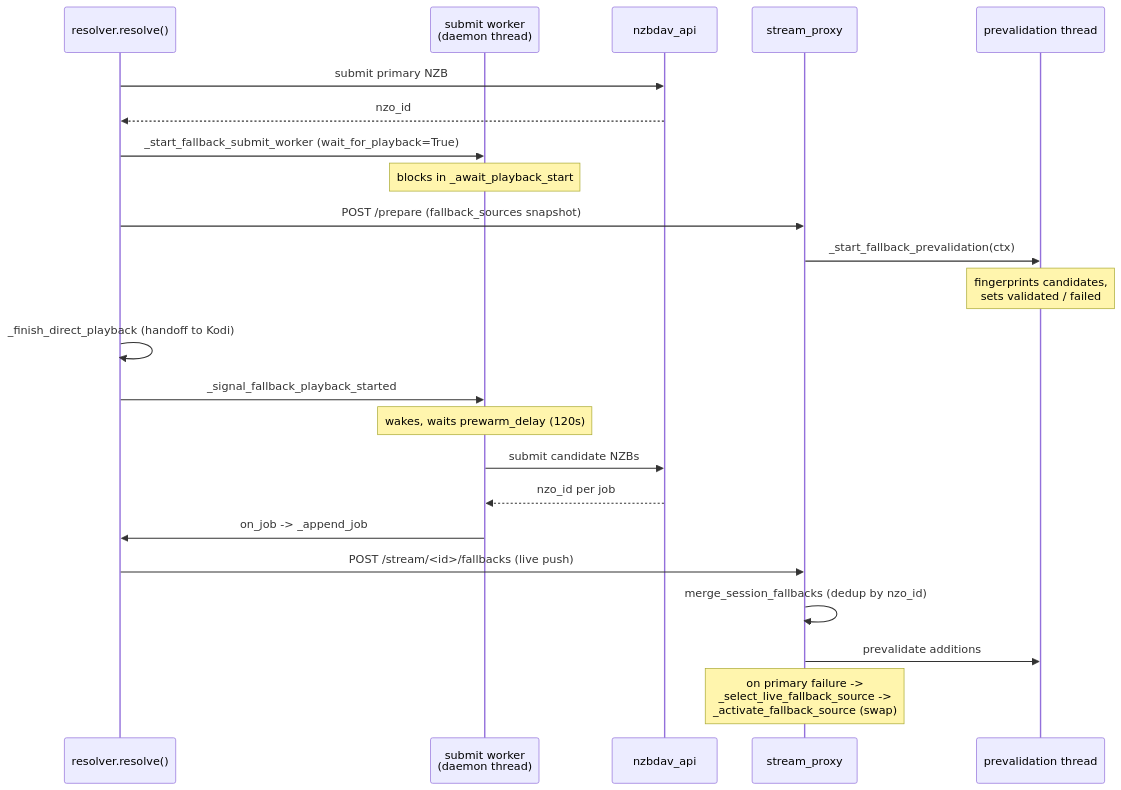
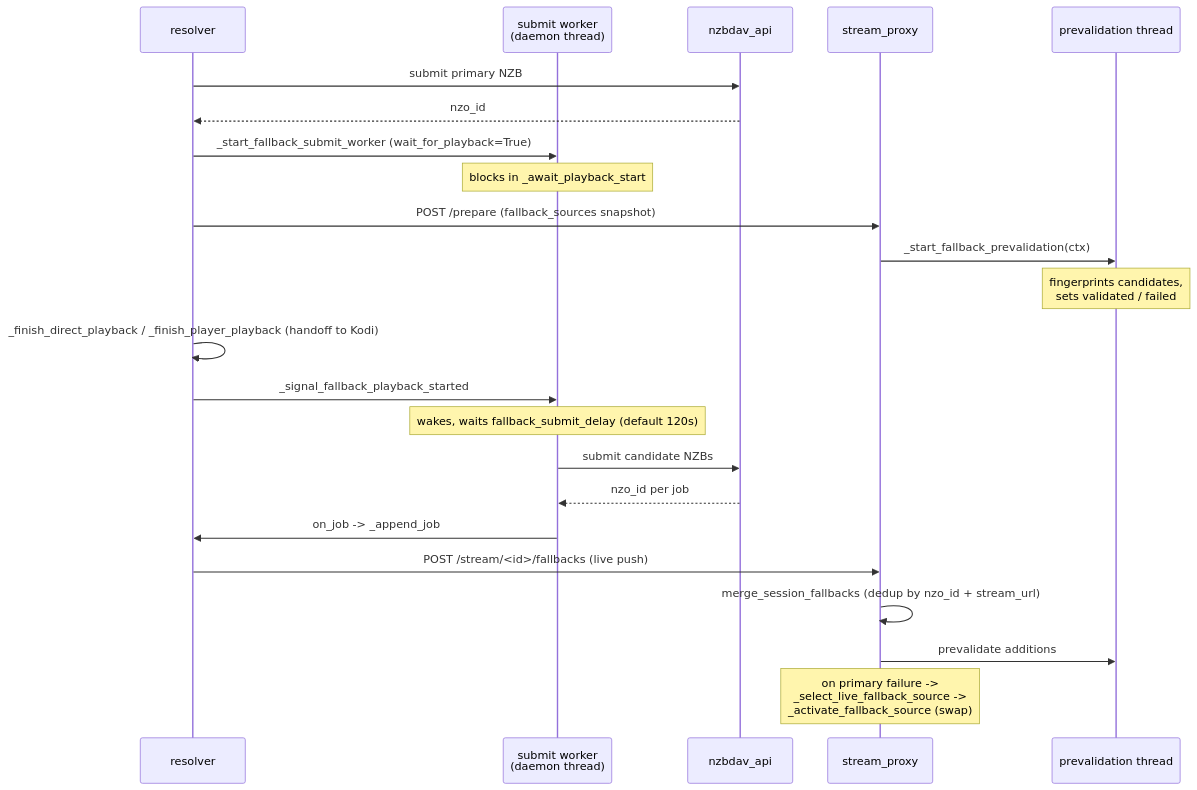
The second of 2 diagrams in FALLBACK_INFO.md (Appz4Fun/nzbdavkodi), drawn with Mermaid before and after one commit. The commit also changed other lines of this file and 38 other files, not shown here.

````diff
--- a/FALLBACK_INFO.md
+++ b/FALLBACK_INFO.md
@@ -57,26 +72,26 @@
 ```mermaid
 sequenceDiagram
-    participant R as resolver.resolve()
+    participant R as resolver
     participant W as submit worker<br/>(daemon thread)
     participant API as nzbdav_api
     participant P as stream_proxy
     participant PV as prevalidation thread
 
     R->>API: submit primary NZB
     API-->>R: nzo_id
     R->>W: _start_fallback_submit_worker (wait_for_playback=True)
     Note over W: blocks in _await_playback_start
     R->>P: POST /prepare (fallback_sources snapshot)
     P->>PV: _start_fallback_prevalidation(ctx)
     Note over PV: fingerprints candidates,<br/>sets validated / failed
-    R->>R: _finish_direct_playback (handoff to Kodi)
+    R->>R: _finish_direct_playback / _finish_player_playback (handoff to Kodi)
     R->>W: _signal_fallback_playback_started
-    Note over W: wakes, waits prewarm_delay (120s)
+    Note over W: wakes, waits fallback_submit_delay (default 120s)
     W->>API: submit candidate NZBs
     API-->>W: nzo_id per job
     W->>R: on_job -> _append_job
     R->>P: POST /stream/<id>/fallbacks (live push)
-    P->>P: merge_session_fallbacks (dedup by nzo_id)
+    P->>P: merge_session_fallbacks (dedup by nzo_id + stream_url)
     P->>PV: prevalidate additions
     Note over P: on primary failure -><br/>_select_live_fallback_source -><br/>_activate_fallback_source (swap)
 ```
````
